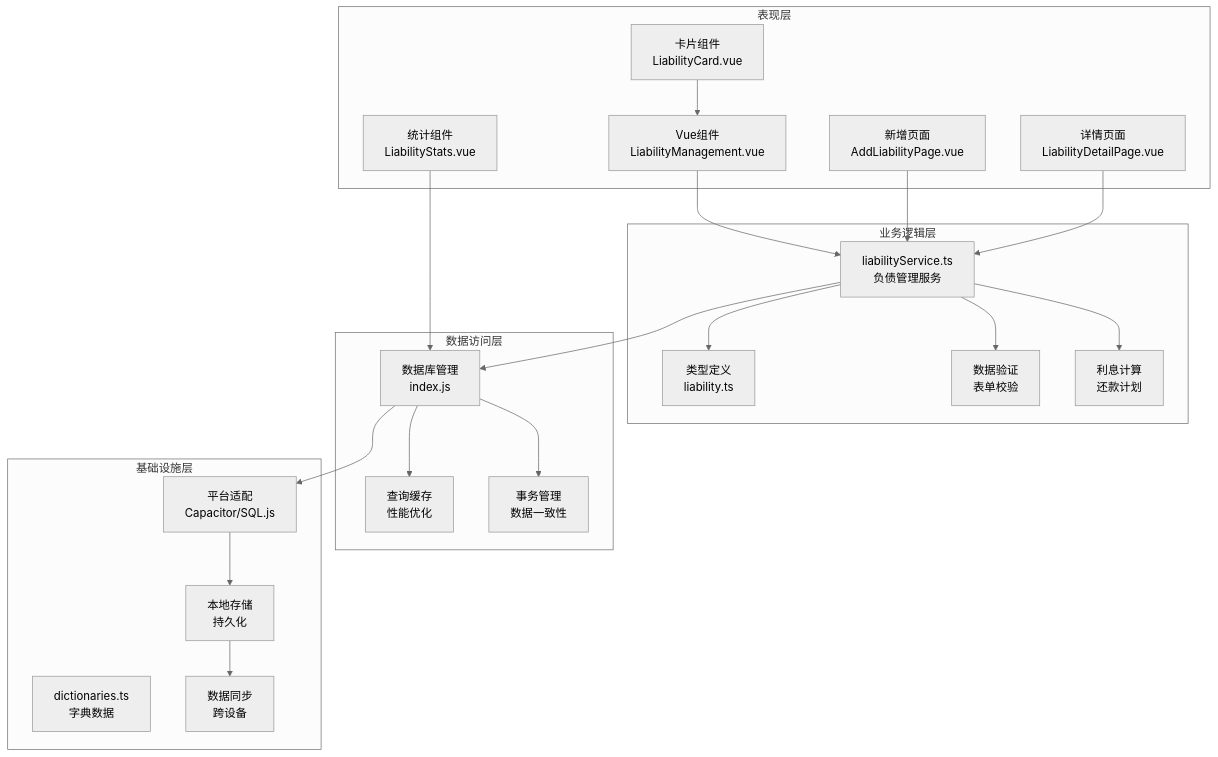
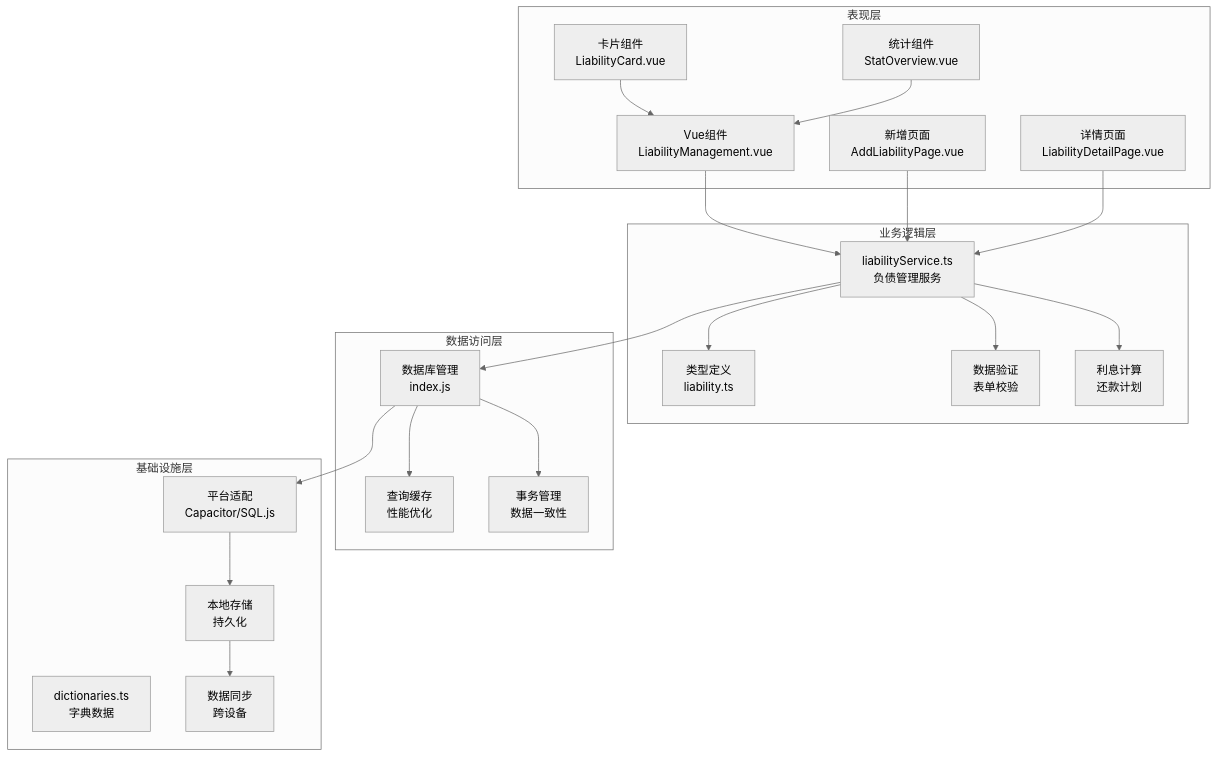
The second of 9 diagrams in .qoder/repowiki/zh/content/负债管理.md (xiao-lin-unit/yuan), drawn with Mermaid (neutral theme) before and after one commit. The commit also changed other lines of this file and 14 other files, not shown here.

````diff
--- a/.qoder/repowiki/zh/content/负债管理.md
+++ b/.qoder/repowiki/zh/content/负债管理.md
@@ -126,41 +128,41 @@
 ```mermaid
 graph TB
 subgraph "表现层"
 UI[Vue组件<br/>LiabilityManagement.vue]
 ADD[新增页面<br/>AddLiabilityPage.vue]
 DETAIL[详情页面<br/>LiabilityDetailPage.vue]
 CARD[卡片组件<br/>LiabilityCard.vue]
-STATS[统计组件<br/>LiabilityStats.vue]
+STATS[统计组件<br/>StatOverview.vue]
 end
 subgraph "业务逻辑层"
 SERVICE[liabilityService.ts<br/>负债管理服务]
 TYPES[类型定义<br/>liability.ts]
 VALIDATION[数据验证<br/>表单校验]
 CALCULATION[利息计算<br/>还款计划]
 end
 subgraph "数据访问层"
 DB[数据库管理<br/>index.js]
 CACHE[查询缓存<br/>性能优化]
 TRANSACTION[事务管理<br/>数据一致性]
 end
 subgraph "基础设施层"
 DICTIONARY[dictionaries.ts<br/>字典数据]
 PLATFORM[平台适配<br/>Capacitor/SQL.js]
 STORAGE[本地存储<br/>持久化]
 SYNC[数据同步<br/>跨设备]
 end
 UI --> SERVICE
 ADD --> SERVICE
 DETAIL --> SERVICE
 CARD --> UI
-STATS --> DB
+STATS --> UI
 SERVICE --> TYPES
 SERVICE --> VALIDATION
 SERVICE --> CALCULATION
 SERVICE --> DB
 DB --> CACHE
 DB --> TRANSACTION
 DB --> PLATFORM
 PLATFORM --> STORAGE
 STORAGE --> SYNC
 ```
````
